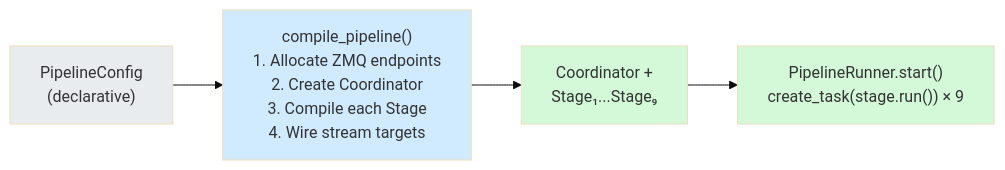
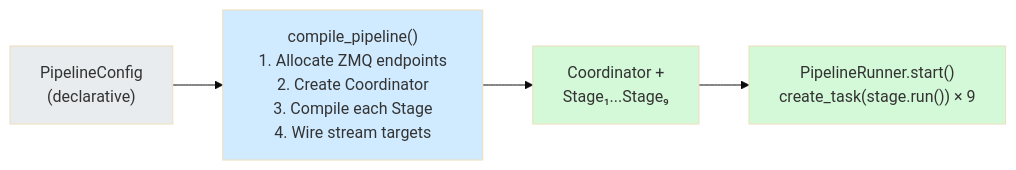
Before and after one commit to zhaochenyang20/Awesome-ML-SYS-Tutorial: the seventh of 27 diagrams in sglang/sglang-omni/README.md, drawn with Mermaid (base theme). The commit also changed other lines of this file, not shown here.

First line of the commit message:
docs(sglang-omni): fix mermaid line breaks and commit link rendering

````diff
--- a/sglang/sglang-omni/README.md
+++ b/sglang/sglang-omni/README.md
@@ -350,11 +370,18 @@
 ```mermaid
 graph LR
-    Config["PipelineConfig<br/>(declarative)"] --> Compile["compile_pipeline()<br/>1. Allocate ZMQ endpoints<br/>2. Create Coordinator<br/>3. Compile each Stage<br/>4. Wire stream targets"]
-    Compile --> Runtime["Coordinator +<br/>Stage₁...Stage₉"]
-    Runtime --> Start["PipelineRunner.start()<br/>create_task(stage.run()) × 9"]
+    Config["`PipelineConfig
+(declarative)`"] --> Compile["`compile_pipeline()
+1. Allocate ZMQ endpoints
+2. Create Coordinator
+3. Compile each Stage
+4. Wire stream targets`"]
+    Compile --> Runtime["`Coordinator +
+Stage₁...Stage₉`"]
+    Runtime --> Start["`PipelineRunner.start()
+create_task(stage.run()) × 9`"]
 
     style Config fill:#e9ecef,color:#333
     style Compile fill:#d0ebff,color:#333
     style Runtime fill:#d3f9d8,color:#333
     style Start fill:#d3f9d8,color:#333
 ```
````
